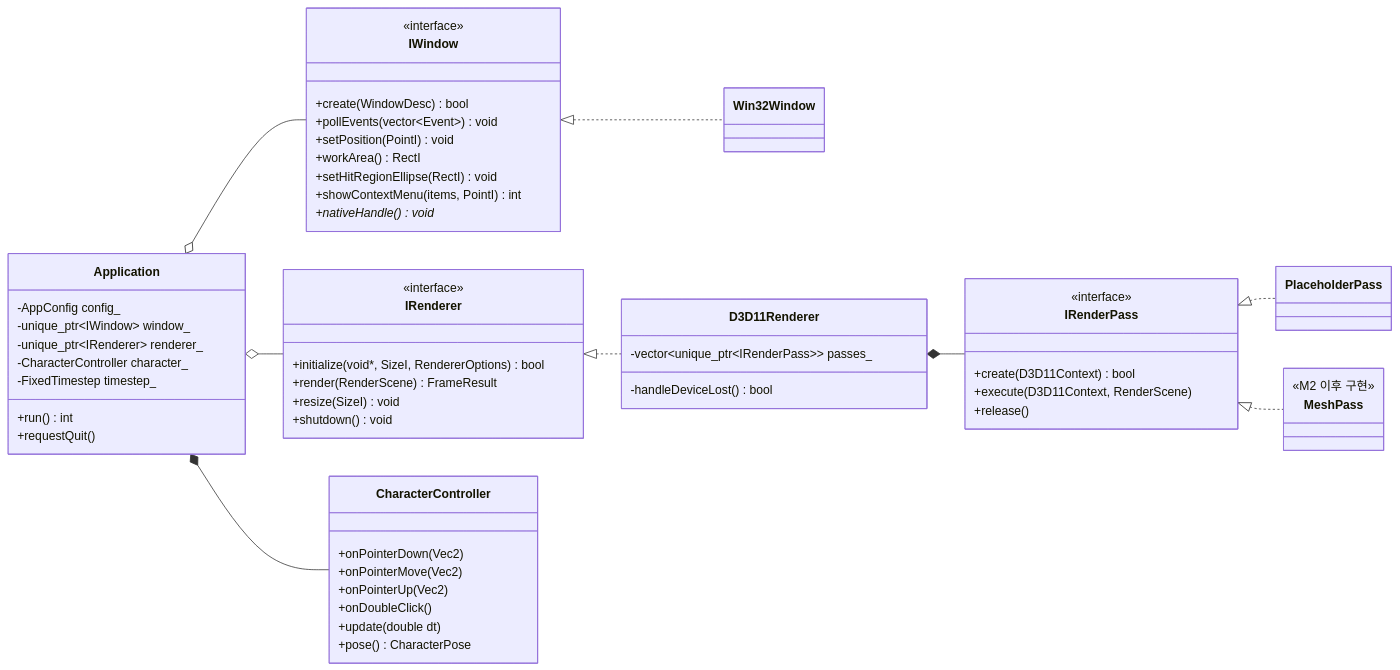
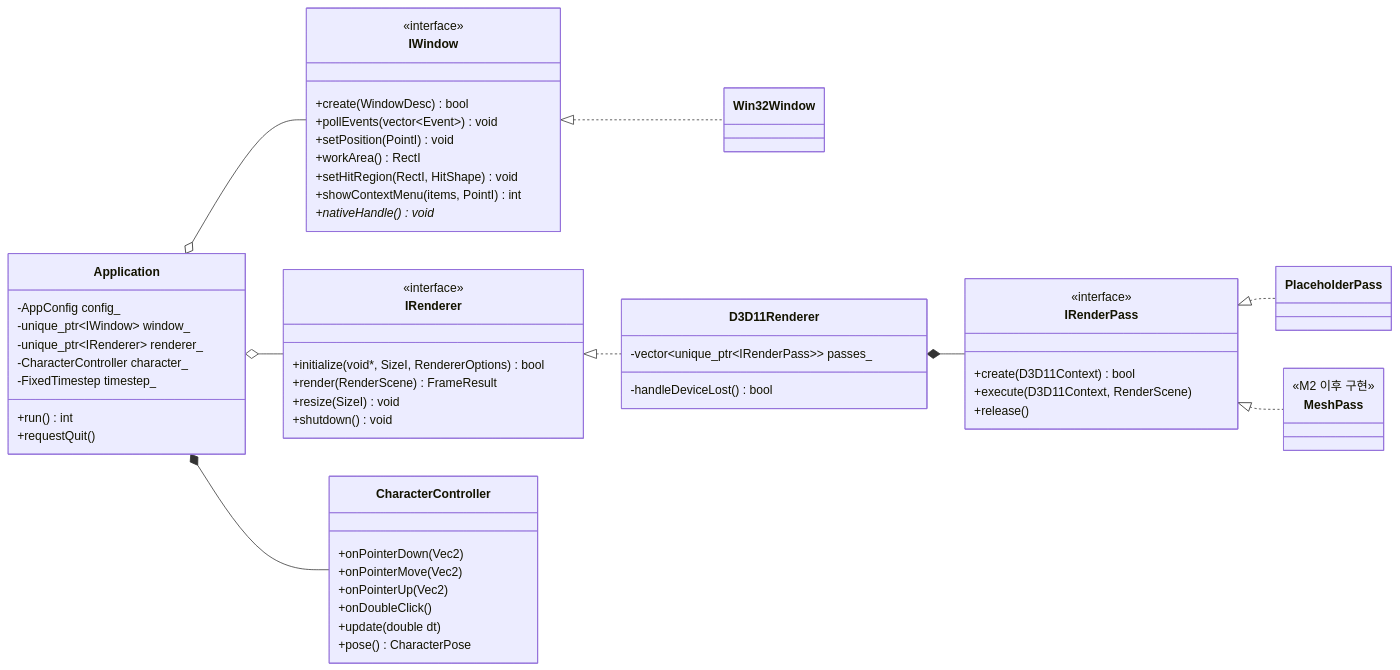
Before and after one commit to ChoHye0N/TinyDeskPet: the third of 12 diagrams in docs/02-architecture/SAD.md, drawn with Mermaid. The commit also changed other lines of this file and 30 other files, not shown here.

````diff
--- a/docs/02-architecture/SAD.md
+++ b/docs/02-architecture/SAD.md
@@ -136,62 +136,62 @@
 ```mermaid
 classDiagram
     direction LR
     class Application {
         -AppConfig config_
         -unique_ptr~IWindow~ window_
         -unique_ptr~IRenderer~ renderer_
         -CharacterController character_
         -FixedTimestep timestep_
         +run() int
         +requestQuit()
     }
     class IWindow {
         <<interface>>
         +create(WindowDesc) bool
         +pollEvents(vector~Event~) void
         +setPosition(PointI) void
         +workArea() RectI
-        +setHitRegionEllipse(RectI) void
+        +setHitRegion(RectI, HitShape) void
         +showContextMenu(items, PointI) int
         +nativeHandle() void*
     }
     class IRenderer {
         <<interface>>
         +initialize(void*, SizeI, RendererOptions) bool
         +render(RenderScene) FrameResult
         +resize(SizeI) void
         +shutdown() void
     }
     class CharacterController {
         +onPointerDown(Vec2)
         +onPointerMove(Vec2)
         +onPointerUp(Vec2)
         +onDoubleClick()
         +update(double dt)
         +pose() CharacterPose
     }
     class Win32Window
     class D3D11Renderer {
         -vector~unique_ptr~IRenderPass~~ passes_
         -handleDeviceLost() bool
     }
     class IRenderPass {
         <<interface>>
         +create(D3D11Context) bool
         +execute(D3D11Context, RenderScene)
         +release()
     }
     class PlaceholderPass
     class MeshPass {
         <<M2 이후 구현>>
     }
 
     Application o-- IWindow
     Application o-- IRenderer
     Application *-- CharacterController
     IWindow <|.. Win32Window
     IRenderer <|.. D3D11Renderer
     D3D11Renderer *-- IRenderPass
     IRenderPass <|.. PlaceholderPass
     IRenderPass <|.. MeshPass
 ```
````
